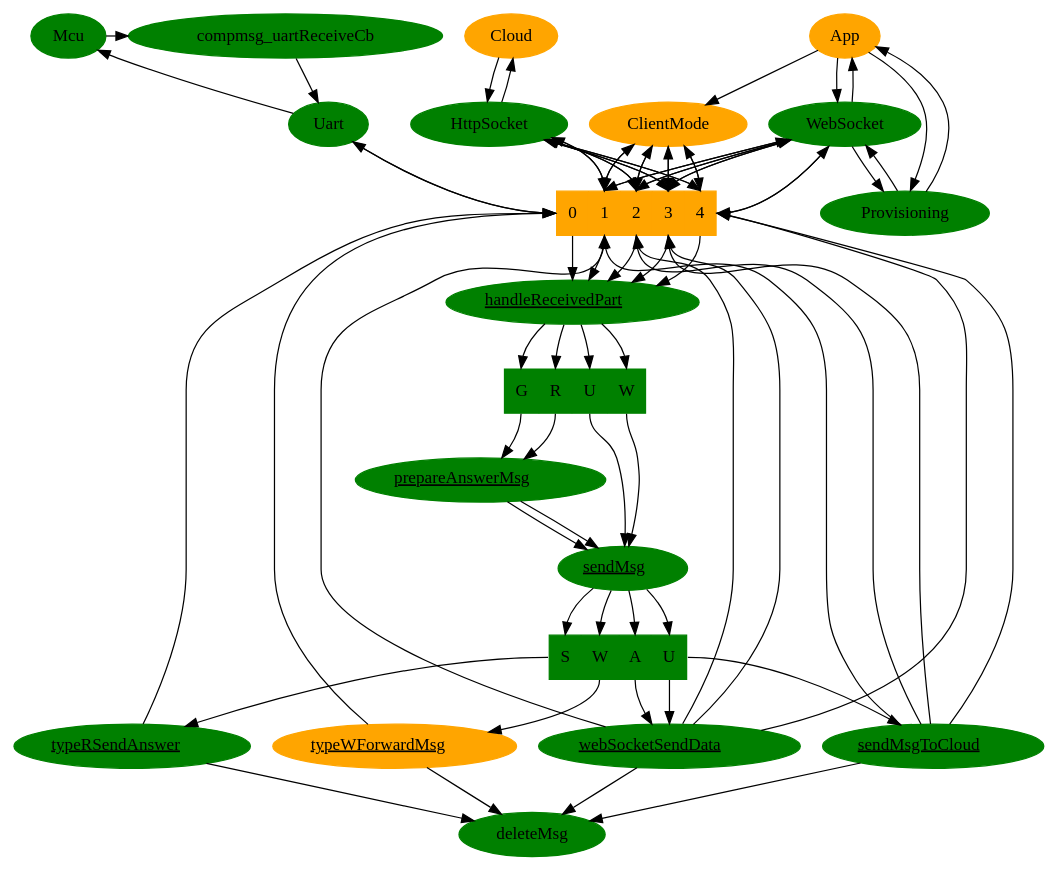
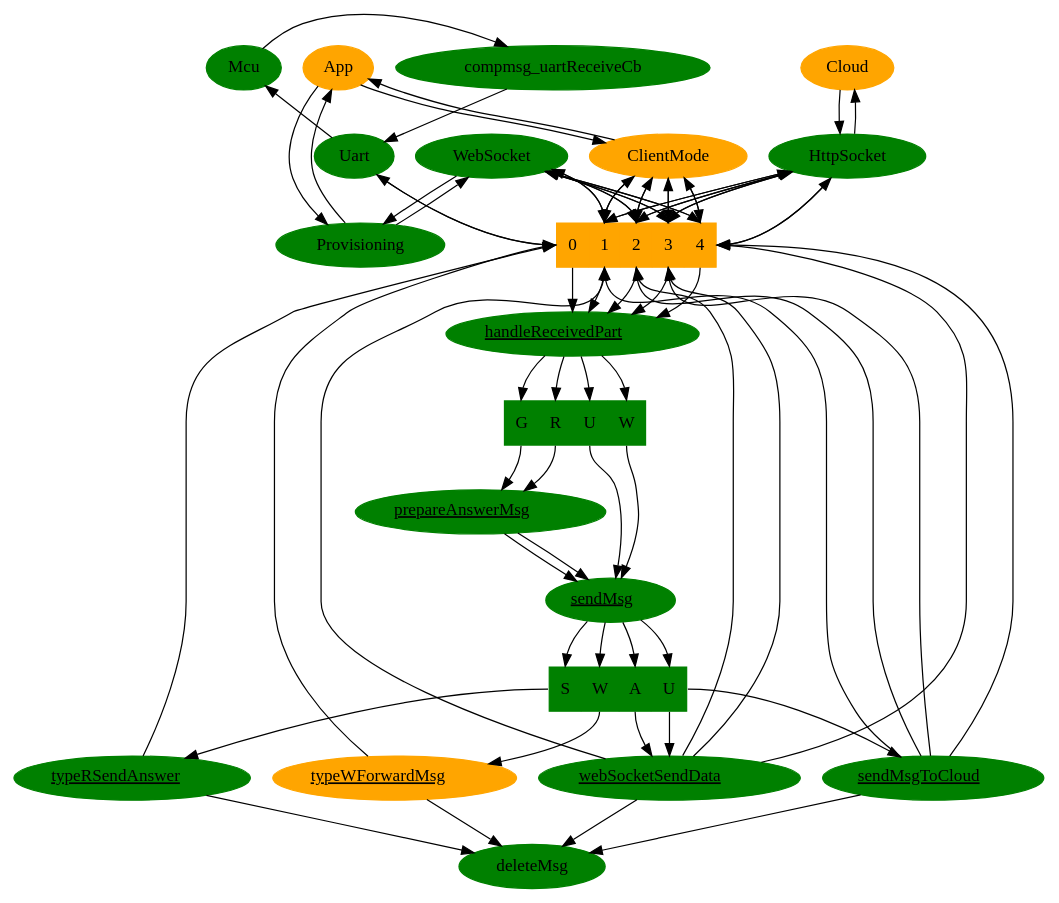
The diagram in dot_files/handleMsg.dot (apwiede/nodemcu), drawn with Graphviz before and after one commit.

```diff
--- a/dot_files/handleMsg.dot
+++ b/dot_files/handleMsg.dot
@@ -1,101 +1,100 @@
 digraph G1 {
   compmsg_uartReceiveCb[style="filled", color="green"];
   compmsg_uartReceiveCb -> Uart;
   Mcu[style="filled", color="green"];
   Mcu -> compmsg_uartReceiveCb;
   Queue [style="filled", color="orange", shape=record, label="<f0> 0|<f1> 1|<f2> 2|<f3> 3|<f4> 4"];
   Uart -> Queue:f0;
   Queue:f0 -> Uart;
   Uart -> Mcu;
   Uart[style="filled", color="green"];
   WebSocket[style="filled", color="green"];
   ClientMode[style="filled", color="orange"];
   App[style="filled", color="orange"];
+  Provisioning[style="filled", color="green"];
   App -> Provisioning;
-  Provisioning[style="filled", color="green"];
   Provisioning -> WebSocket;
+  App -> ClientMode;
+  ClientMode -> App;
   Provisioning -> App;
-  App -> WebSocket;
-  App -> ClientMode;
-  WebSocket -> App;
   WebSocket -> Provisioning;
   WebSocket -> Queue:f1;
   WebSocket -> Queue:f2;
   WebSocket -> Queue:f3;
   WebSocket -> Queue:f4;
   ClientMode -> Queue:f1;
   ClientMode -> Queue:f2;
   ClientMode -> Queue:f3;
   ClientMode -> Queue:f4;
   Queue:f1 -> WebSocket;
   Queue:f2 -> WebSocket;
   Queue:f3 -> WebSocket;
   Queue:f4 -> WebSocket;
   Queue:f1 -> ClientMode;
   Queue:f2 -> ClientMode;
   Queue:f3 -> ClientMode;
   Queue:f4 -> ClientMode;
   Cloud[style="filled", color="orange"];
   Cloud -> HttpSocket;
   HttpSocket -> Cloud;
   HttpSocket[style="filled", color="green"];
   HttpSocket -> Queue:f1;
   HttpSocket -> Queue:f2;
   HttpSocket -> Queue:f3;
   HttpSocket -> Queue:f4;
   {rank=same; "compmsg_uartReceiveCb"; "Mcu"; "App"; "Cloud";}
   {rank=same; "Uart"; "WebSocket"; "HttpSocket"; "ClientMode";}
   Queue:f1 -> HttpSocket;
   Queue:f2 -> HttpSocket;
   Queue:f3 -> HttpSocket;
   Queue:f4 -> HttpSocket;
   Queue:f0 -> handleReceivedPart;
   Queue:f1 -> handleReceivedPart;
   Queue:f2 -> handleReceivedPart;
   Queue:f3 -> handleReceivedPart;
   Queue:f4 -> handleReceivedPart;
   handleReceivedPart[style="filled", color="green", label=<<u>handleReceivedPart</u>> URL="\ref grp_handleReceivedPart"];
   prepareAnswerMsg[style="filled", color="green", label=<<u>prepareAnswerMsg</u>> URL="\ref grp_prepareAnswerMsg"];
   receiveMsgSwitch [style="filled", color="green", shape=record, label="<f0> G|<f1> R|<f2> U|<f3> W"];
   handleReceivedPart -> receiveMsgSwitch:f0;
   handleReceivedPart -> receiveMsgSwitch:f1;
   handleReceivedPart -> receiveMsgSwitch:f2;
   handleReceivedPart -> receiveMsgSwitch:f3;
   receiveMsgSwitch:f0 -> prepareAnswerMsg;
   receiveMsgSwitch:f1 -> prepareAnswerMsg;
   prepareAnswerMsg -> sendMsg;
   prepareAnswerMsg -> sendMsg;
   receiveMsgSwitch:f2 -> sendMsg
   receiveMsgSwitch:f3 -> sendMsg
   sendMsg[style="filled", color="green", label=<<u>sendMsg</u>> URL="\ref sendMsg"];
   sendMsg -> sendMsgSwitch:f0;
   sendMsg -> sendMsgSwitch:f1;
   sendMsg -> sendMsgSwitch:f2
   sendMsg -> sendMsgSwitch:f3
   sendMsgSwitch [style="filled", color="green",shape=record, label="<f0> S|<f1> W|<f2> A|<f3> U"];
   sendMsgSwitch:f2 -> webSocketSendData;
   sendMsgSwitch:f0 -> typeRSendAnswer;
   sendMsgSwitch:f3 -> webSocketSendData;
   sendMsgSwitch:f3 -> sendCloudMsg;
   sendMsgSwitch:f1 -> typeWForwardMsg;
   typeRSendAnswer[style="filled", color="green", label=<<u>typeRSendAnswer</u>> URL="\ref typeRSendAnswer"];
   sendCloudMsg[style="filled", color="green", label=<<u>sendMsgToCloud</u>> URL="\ref grp_sendCloudMsg"];
   webSocketSendData[style="filled", color="green", label=<<u>webSocketSendData</u>> URL="\ref webSocketSendData"];
   webSocketSendData -> Queue:f1;
   webSocketSendData -> Queue:f2;
   webSocketSendData -> Queue:f3;
   webSocketSendData -> Queue:f4;
   sendCloudMsg -> Queue:f1;
   sendCloudMsg -> Queue:f2;
   sendCloudMsg -> Queue:f3;
   sendCloudMsg -> Queue:f4;
   {rank=same; "typeRSendAnswer"; "typeWForwardMsg"; "webSocketSendData"; "sendCloudMsg";}
   typeWForwardMsg[style="filled", color="orange", label=<<u>typeWForwardMsg</u>> URL="\ref forwardMsg"];
   typeRSendAnswer -> Queue:f0;
   typeWForwardMsg -> Queue:f0;
   typeRSendAnswer -> deleteMsg;
   typeWForwardMsg -> deleteMsg;
   deleteMsg[style="filled", color="green"];
   sendCloudMsg -> deleteMsg;
   webSocketSendData -> deleteMsg;
 }
```
